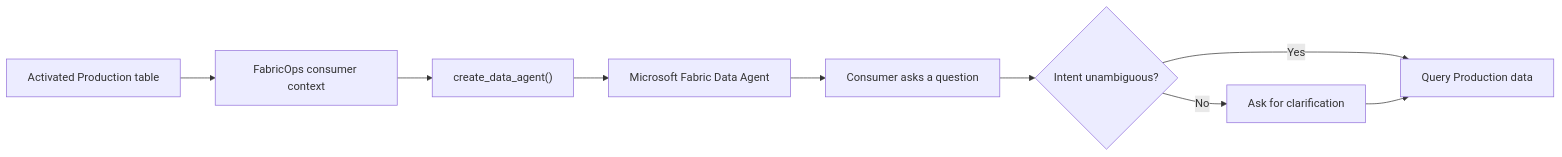
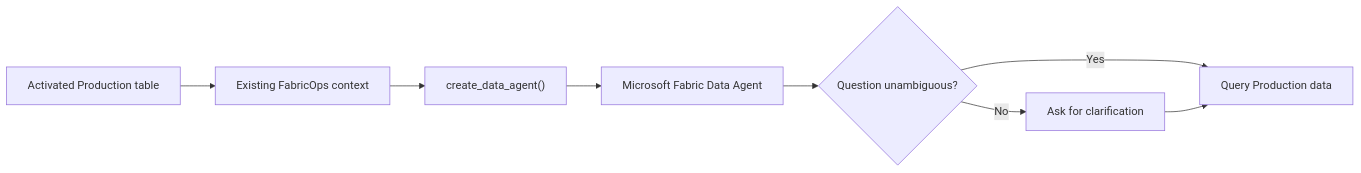
One commit to Voycepeh/FabricOps-Starter-Kit changed the diagram in docs/solutions/production-table-to-data-agent.md. Above: the diagram before and after it, drawn with Mermaid. The commit also changed other lines of this file, not shown here.

Commit message:
docs: reframe Data Agent solution around semantic context

````diff
--- a/docs/solutions/production-table-to-data-agent.md
+++ b/docs/solutions/production-table-to-data-agent.md
@@ -41,11 +53,10 @@
 ```mermaid
 flowchart LR
-    A["Activated Production table"] --> B["FabricOps consumer context"]
+    A["Activated Production table"] --> B["Existing FabricOps context"]
     B --> C["create_data_agent()"]
     C --> D["Microsoft Fabric Data Agent"]
-    D --> E["Consumer asks a question"]
-    E --> F{"Intent unambiguous?"}
-    F -- Yes --> G["Query Production data"]
-    F -- No --> H["Ask for clarification"]
-    H --> G
+    D --> E{"Question unambiguous?"}
+    E -- Yes --> F["Query Production data"]
+    E -- No --> G["Ask for clarification"]
+    G --> F
 ```
````
